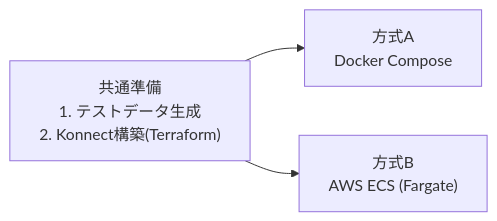
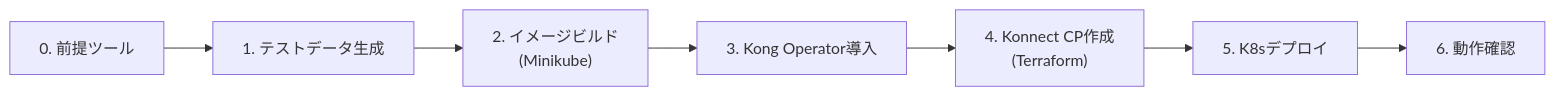
One commit to picketfence-labs/kong-api-bundle-insurance changed the diagram in docs/INSTRUCTIONS.md. Above: the diagram before and after it, drawn with Mermaid. The commit also changed other lines of this file and 34 other files, not shown here.

First line of the commit message:
デプロイをKubernetes(Kong Operator/Minikube)に全面移行、Docker Compose・ECSを廃止

````diff
--- a/docs/INSTRUCTIONS.md
+++ b/docs/INSTRUCTIONS.md
@@ -13,6 +7,9 @@
 ```mermaid
 flowchart LR
-  common["共通準備<br/>1. テストデータ生成<br/>2. Konnect構築(Terraform)"]
-  common --> a["方式A<br/>Docker Compose"]
-  common --> b["方式B<br/>AWS ECS (Fargate)"]
+  s0["0. 前提ツール"] --> s1["1. テストデータ生成"]
+  s1 --> s2["2. イメージビルド<br/>(Minikube)"]
+  s2 --> s3["3. Kong Operator導入"]
+  s3 --> s4["4. Konnect CP作成<br/>(Terraform)"]
+  s4 --> s5["5. K8sデプロイ"]
+  s5 --> s6["6. 動作確認"]
 ```
````
